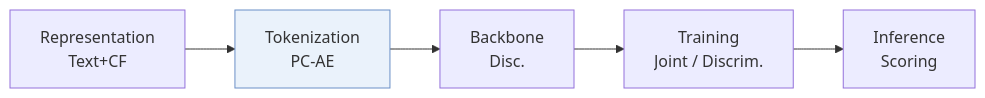
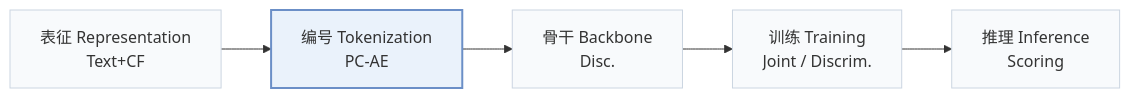
Before and after one commit to Galaxy-ghost/Awesome-SID-Generative-Rec: the first of 2 diagrams in pages/zh/papers/pcr-ca.md, drawn with Mermaid. The commit also changed other lines of this file and 649 other files, not shown here.

Commit message:
writer-05: also tags and modality index (schema, check, build, visuals); summary field removed; calibration data for 12 papers

````diff
--- a/pages/zh/papers/pcr-ca.md
+++ b/pages/zh/papers/pcr-ca.md
@@ -13,6 +15,8 @@
 ```mermaid
 flowchart LR
-    R["Representation<br/>Text+CF"] --> T["Tokenization<br/>PC-AE"] --> B["Backbone<br/>Disc."] --> TR["Training<br/>Joint / Discrim."] --> I["Inference<br/>Scoring"]
-    classDef main fill:#eaf2fb,stroke:#6b8fc7
+    R["表征 Representation<br/>Text+CF"] --> T["编号 Tokenization<br/>PC-AE"] --> B["骨干 Backbone<br/>Disc."] --> TR["训练 Training<br/>Joint / Discrim."] --> I["推理 Inference<br/>Scoring"]
+    classDef base fill:#f8fafc,stroke:#cbd5e1
+    class R,T,B,TR,I base
+    classDef main fill:#eaf2fb,stroke:#6b8fc7,stroke-width:2px
     class T main
 ```
````
